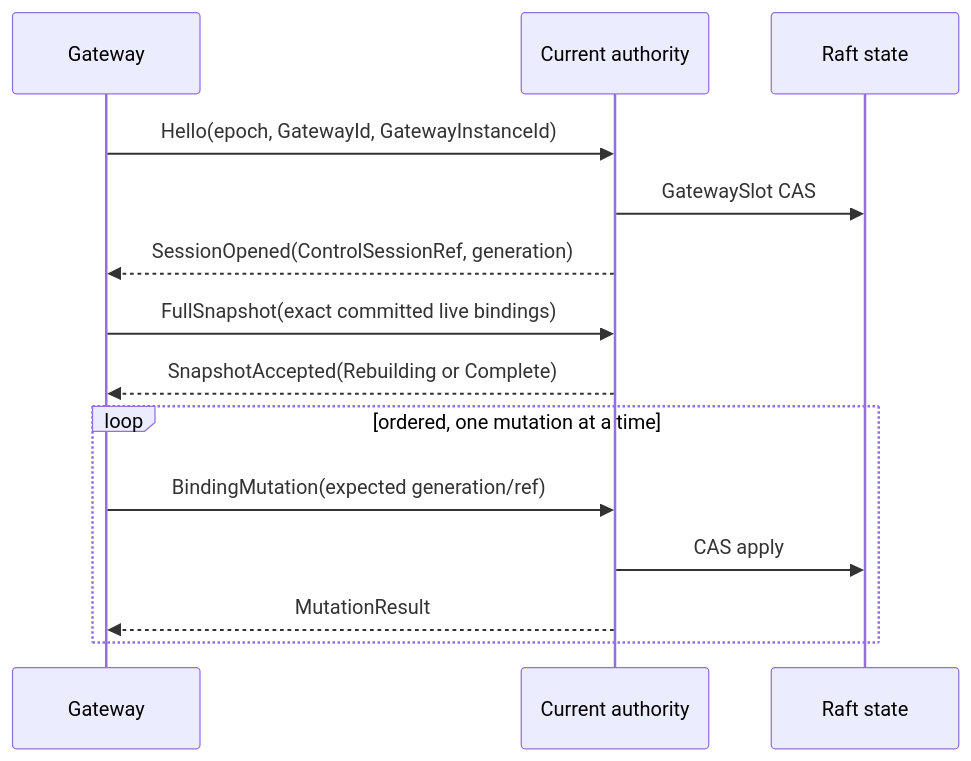
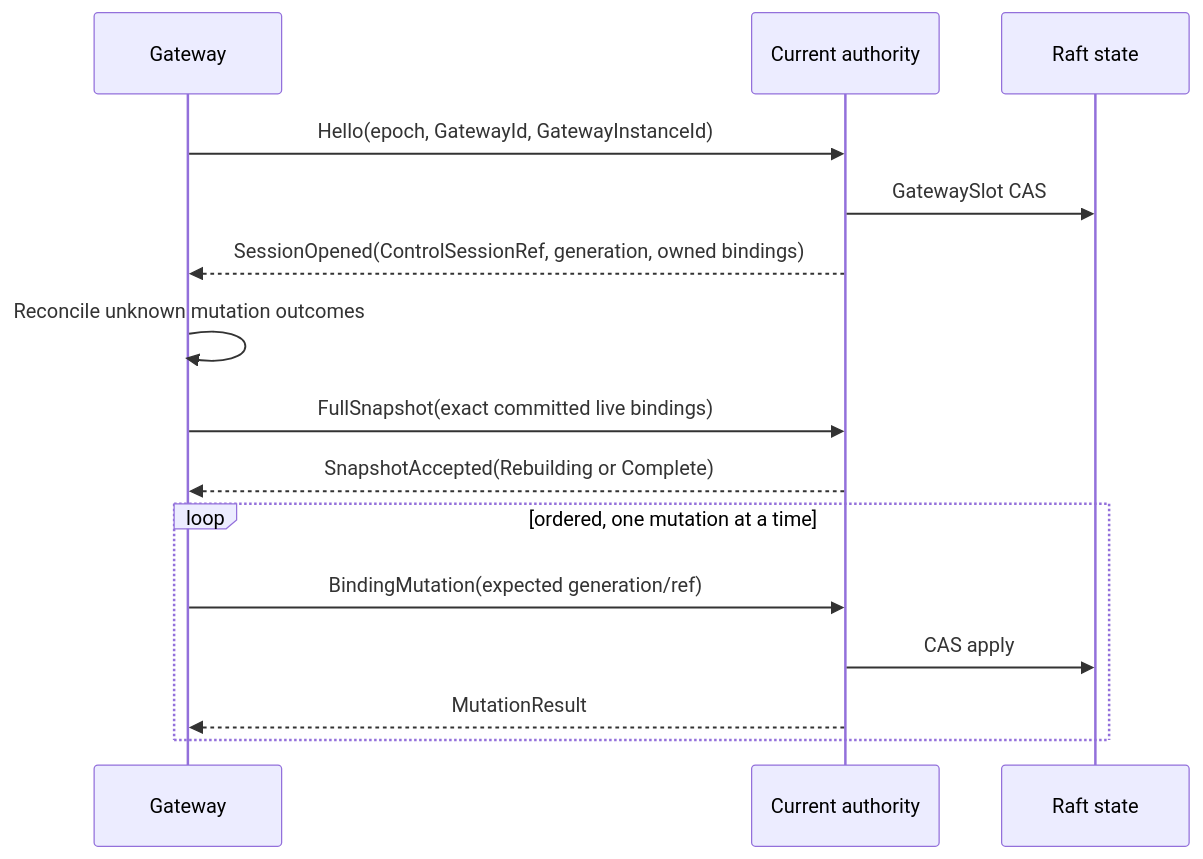
Before and after one commit to cagojeiger/relaygate: the second of 6 diagrams in docs/spec/001-system-model.md, drawn with Mermaid. The commit also changed other lines of this file and 24 other files, not shown here.

````diff
--- a/docs/spec/001-system-model.md
+++ b/docs/spec/001-system-model.md
@@ -95,17 +95,18 @@
 ```mermaid
 sequenceDiagram
     participant G as Gateway
     participant A as Current authority
     participant R as Raft state
 
     G->>A: Hello(epoch, GatewayId, GatewayInstanceId)
     A->>R: GatewaySlot CAS
-    A-->>G: SessionOpened(ControlSessionRef, generation)
+    A-->>G: SessionOpened(ControlSessionRef, generation, owned bindings)
+    G->>G: Reconcile unknown mutation outcomes
     G->>A: FullSnapshot(exact committed live bindings)
     A-->>G: SnapshotAccepted(Rebuilding or Complete)
     loop ordered, one mutation at a time
         G->>A: BindingMutation(expected generation/ref)
         A->>R: CAS apply
         A-->>G: MutationResult
     end
 ```
````
